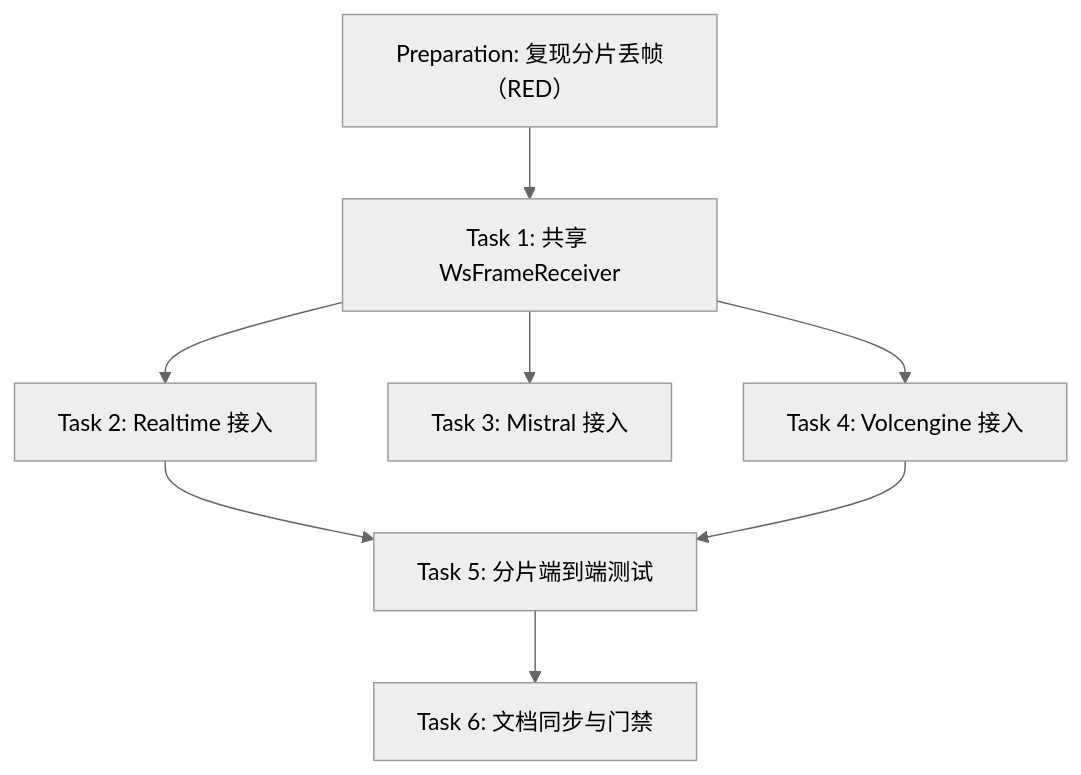
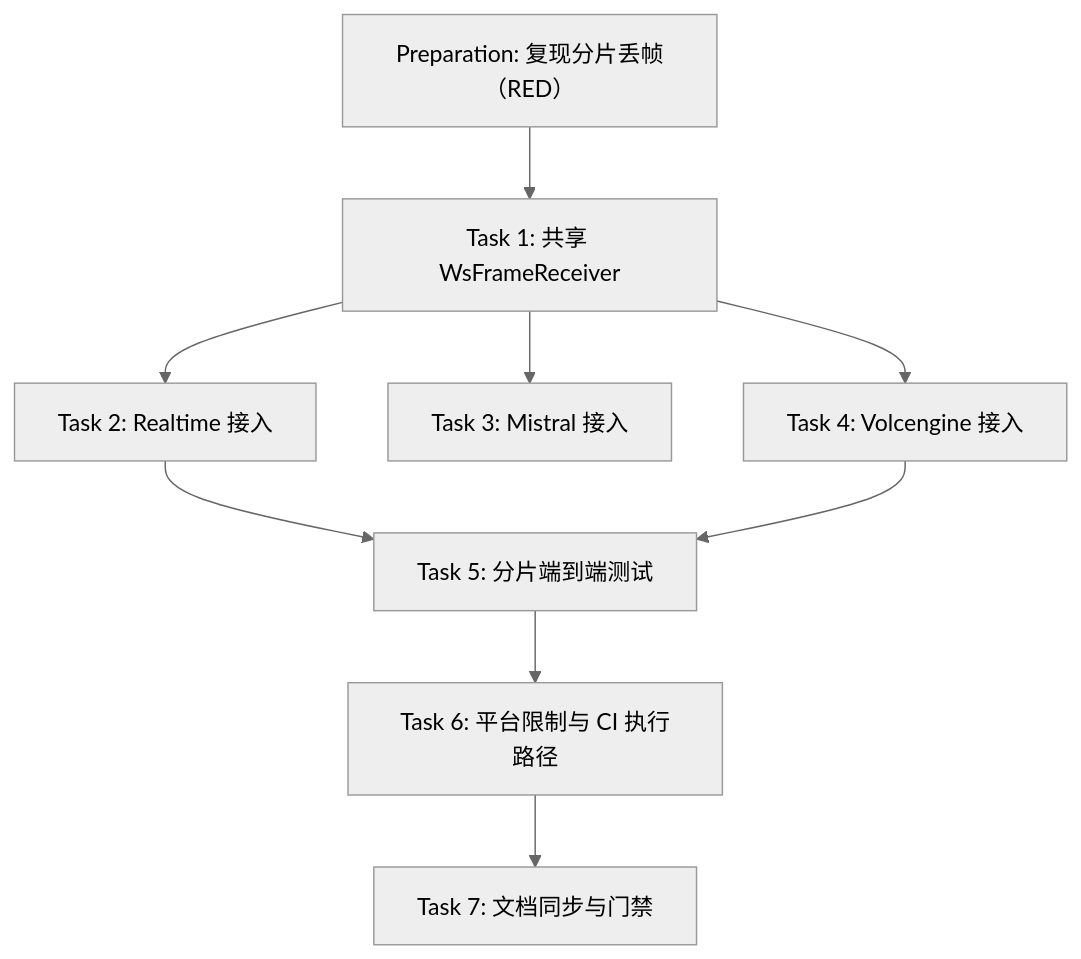
One commit to devcxl/fcitx5-voice-input changed the diagram in .cabbage/changes/ws-frame-reassembly/tasks.md. Above: the diagram before and after it, drawn with Mermaid (neutral theme). The commit also changed other lines of this file and 5 other files, not shown here.

````diff
--- a/.cabbage/changes/ws-frame-reassembly/tasks.md
+++ b/.cabbage/changes/ws-frame-reassembly/tasks.md
@@ -9,10 +9,11 @@
 ```mermaid
 flowchart TD
     Pre["Preparation: 复现分片丢帧（RED）"] --> T1["Task 1: 共享 WsFrameReceiver"]
     T1 --> T2["Task 2: Realtime 接入"]
     T1 --> T3["Task 3: Mistral 接入"]
     T1 --> T4["Task 4: Volcengine 接入"]
     T2 --> T5["Task 5: 分片端到端测试"]
     T4 --> T5
-    T5 --> T6["Task 6: 文档同步与门禁"]
+    T5 --> T6["Task 6: 平台限制与 CI 执行路径"]
+    T6 --> T7["Task 7: 文档同步与门禁"]
 ```
````
